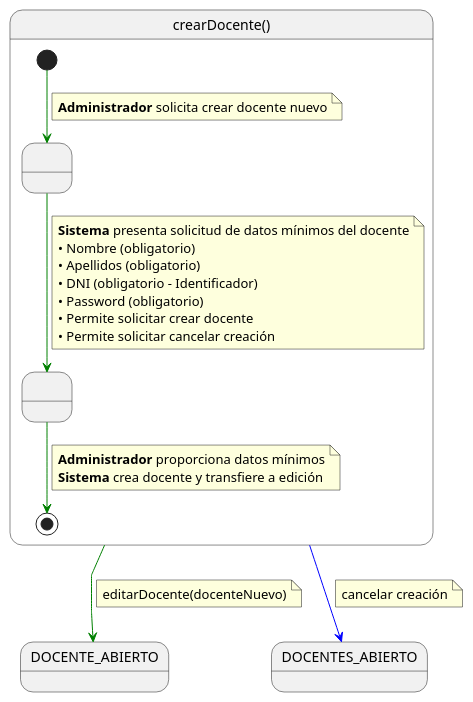
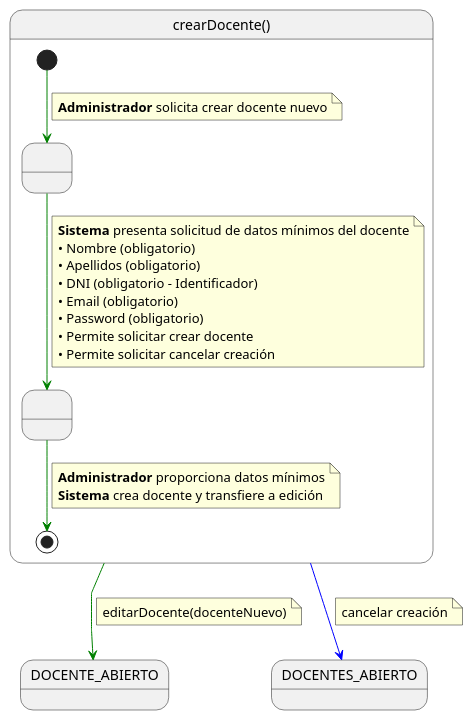
Before and after one commit to martinlopez7/25-26-IdSw1-SdR: the diagram in documents/casos-de-uso/detalladoCasosDeUso/crearDocente/crearDocente.puml, drawn with PlantUML. The commit also changed 8 other files, not shown here.

```diff
--- a/documents/casos-de-uso/detalladoCasosDeUso/crearDocente/crearDocente.puml
+++ b/documents/casos-de-uso/detalladoCasosDeUso/crearDocente/crearDocente.puml
@@ -1,41 +1,42 @@
 @startuml
 skinparam linetype polyline
 
 state crearDocente as "crearDocente()" {
 
     state " " as SolicitandoDatos
     state " " as CreandoDocente
 
     [*] -[#green]-> SolicitandoDatos 
     note on link
     <b>Administrador</b> solicita crear docente nuevo
     end note    
     
     SolicitandoDatos -[#green]-> CreandoDocente
     note on link
     <b>Sistema</b> presenta solicitud de datos mínimos del docente
     • Nombre (obligatorio)
     • Apellidos (obligatorio)
     • DNI (obligatorio - Identificador)
+    • Email (obligatorio)
     • Password (obligatorio)
     • Permite solicitar crear docente
     • Permite solicitar cancelar creación
     end note
     
     CreandoDocente -[#green]-> [*]
     note on link
     <b>Administrador</b> proporciona datos mínimos
     <b>Sistema</b> crea docente y transfiere a edición
     end note
 }
 
 crearDocente -[#green]-> DOCENTE_ABIERTO
 note on link
 editarDocente(docenteNuevo)
 end note
 
 crearDocente -[#blue]-> DOCENTES_ABIERTO
 note on link
 cancelar creación
 end note
 @enduml
```
